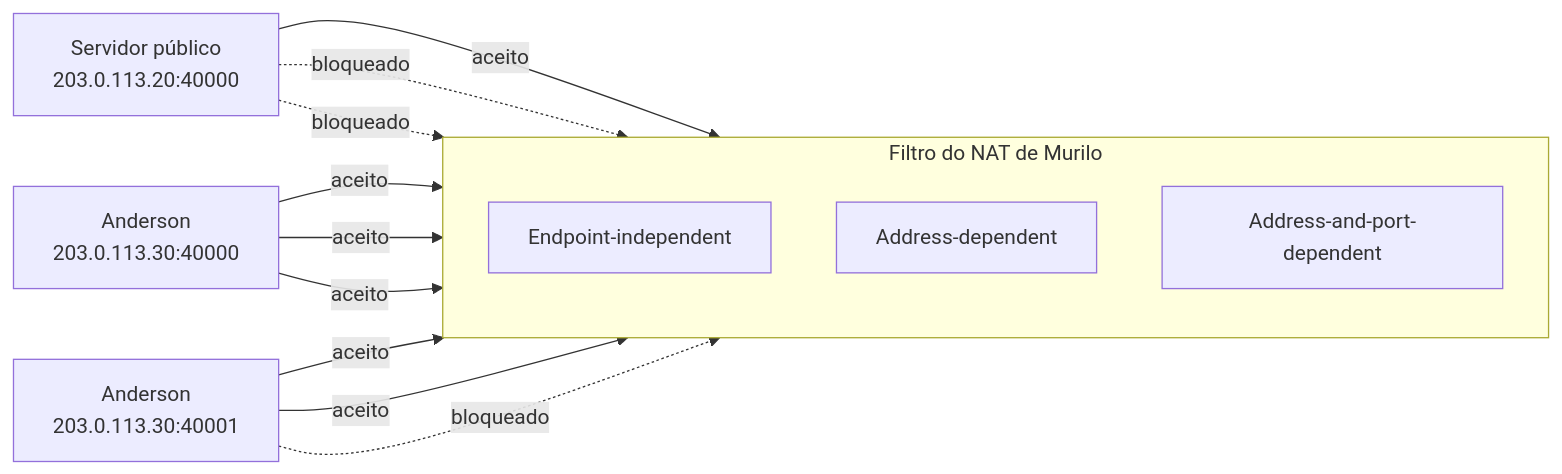
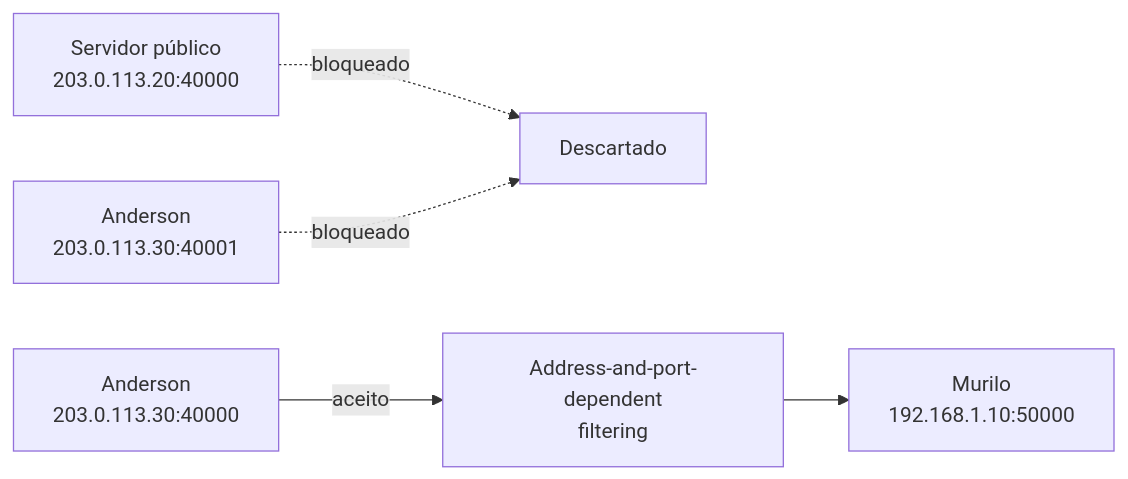
Before and after one commit to migueltarga/P2P: the sixth of 6 diagrams in posts/pt-BR/2026-08-17-por-que-nem-todo-nat-se-comporta-igual.md, drawn with Mermaid. The commit also changed other lines of this file, not shown here.

Commit message:
fix: graphs displayed differently on github, split it to better represent

````diff
--- a/posts/pt-BR/2026-08-17-por-que-nem-todo-nat-se-comporta-igual.md
+++ b/posts/pt-BR/2026-08-17-por-que-nem-todo-nat-se-comporta-igual.md
@@ -95,23 +130,14 @@
 ```mermaid
 flowchart LR
   S[Servidor público<br/>203.0.113.20:40000]
   A1[Anderson<br/>203.0.113.30:40000]
   A2[Anderson<br/>203.0.113.30:40001]
+  X[Descartado]
+  F[Address-and-port-dependent<br/>filtering]
+  M[Murilo<br/>192.168.1.10:50000]
 
-  subgraph F[Filtro do NAT de Murilo]
-    direction TB
-    EIF[Endpoint-independent]
-    ADF[Address-dependent]
-    APDF[Address-and-port-dependent]
-  end
-
-  S -->|aceito| EIF
-  S -. bloqueado .-> ADF
-  S -. bloqueado .-> APDF
-  A1 -->|aceito| EIF
-  A1 -->|aceito| ADF
-  A1 -->|aceito| APDF
-  A2 -->|aceito| EIF
-  A2 -->|aceito| ADF
-  A2 -. bloqueado .-> APDF
+  S -. bloqueado .-> X
+  A1 -->|aceito| F
+  A2 -. bloqueado .-> X
+  F --> M
 ```
````
